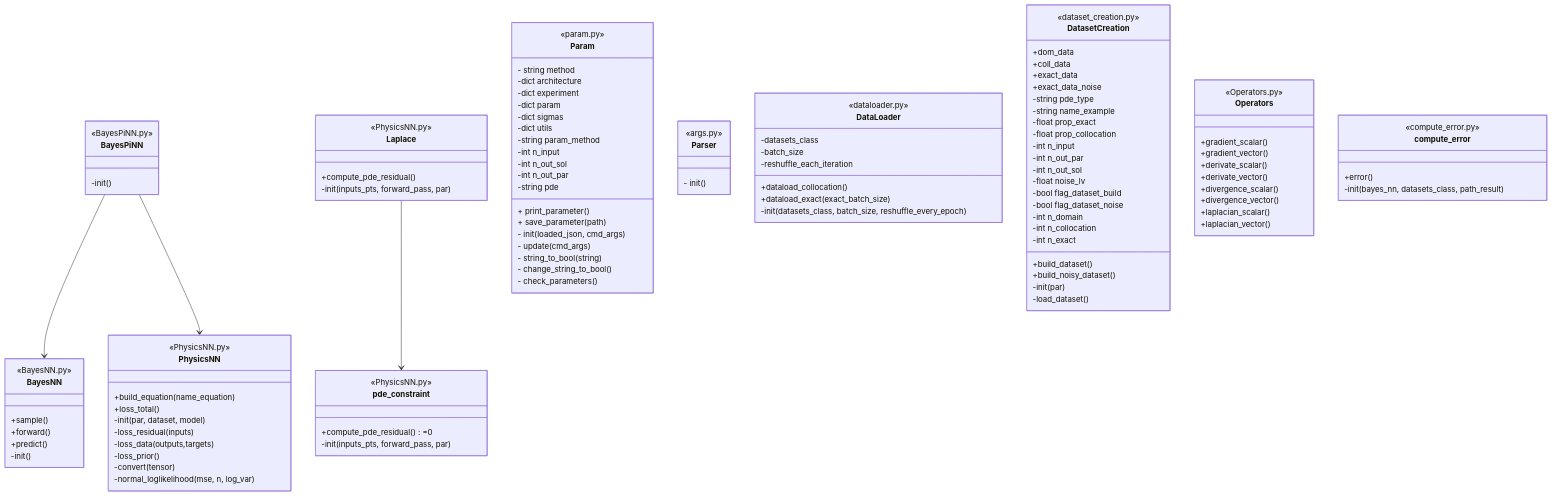
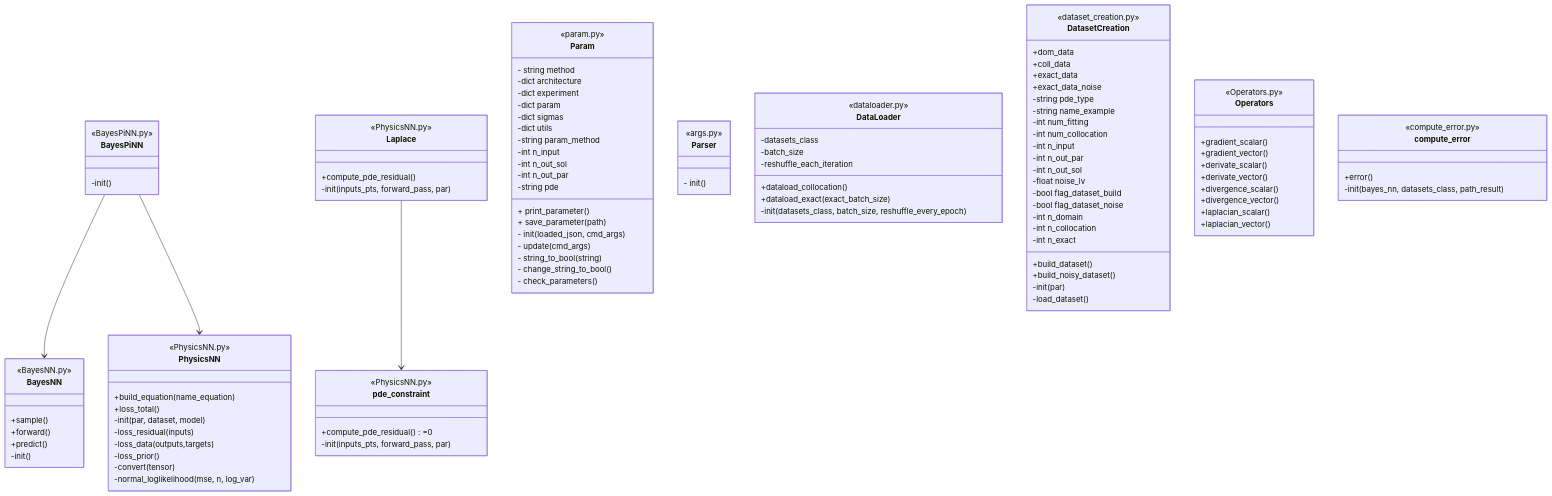
Before and after one commit to giuliamesc/BPINNs: the diagram in classes.md, drawn with Mermaid. The commit also changed 15 other files, not shown here.

```diff
--- a/classes.md
+++ b/classes.md
@@ -48,8 +48,8 @@
 
     -string pde_type
     -string name_example
-    -float prop_exact 
-    -float prop_collocation 
+    -int num_fitting 
+    -int num_collocation 
     -int n_input 
     -int n_out_par
     -int n_out_sol
```
